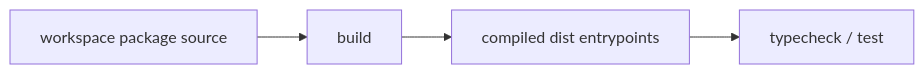
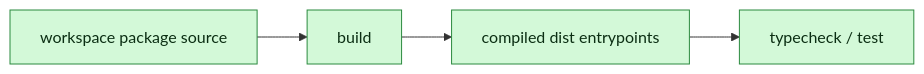
Diagram 15 of 17 in docs/ARCHITECTURE.md (kaiser1x/hubris), drawn with Mermaid before and after one commit. The commit also changed other lines of this file and 1 other file, not shown here.

First line of the commit message:
docs: fix erDiagram reserved word and color-code architecture maps

````diff
--- a/docs/ARCHITECTURE.md
+++ b/docs/ARCHITECTURE.md
@@ -442,10 +503,13 @@
 ```mermaid
 flowchart LR
     Src["workspace package source"]
     Build["build"]
     Dist["compiled dist entrypoints"]
     Check["typecheck / test"]
     Src --> Build
     Build --> Dist
     Dist --> Check
+
+    classDef live fill:#d3f9d8,stroke:#2b8a3e,color:#0b2e13
+    class Src,Build,Dist,Check live
 ```
````
